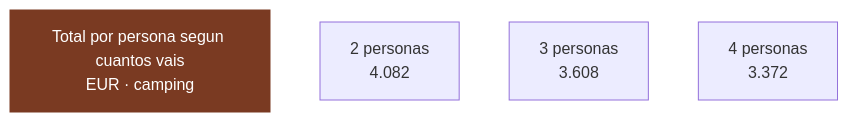
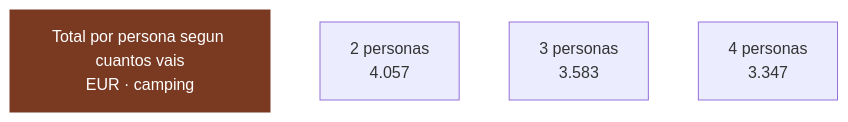
The eighth of 8 diagrams in 02-presupuesto.md (morandeirachema/namibia), drawn with Mermaid before and after one commit. The commit also changed other lines of this file and 22 other files, not shown here.

````diff
--- a/02-presupuesto.md
+++ b/02-presupuesto.md
@@ -897,11 +908,11 @@
 ```mermaid
 flowchart LR
     T["Total por persona segun cuantos vais<br/>EUR · camping"]
-    n0["2 personas<br/>4.082"]
-    n1["3 personas<br/>3.608"]
-    n2["4 personas<br/>3.372"]
+    n0["2 personas<br/>4.057"]
+    n1["3 personas<br/>3.583"]
+    n2["4 personas<br/>3.347"]
     T ~~~ n0
     n0 ~~~ n1
     n1 ~~~ n2
     style T fill:#7a3a22,color:#fff,stroke:#7a3a22
 ```
````
